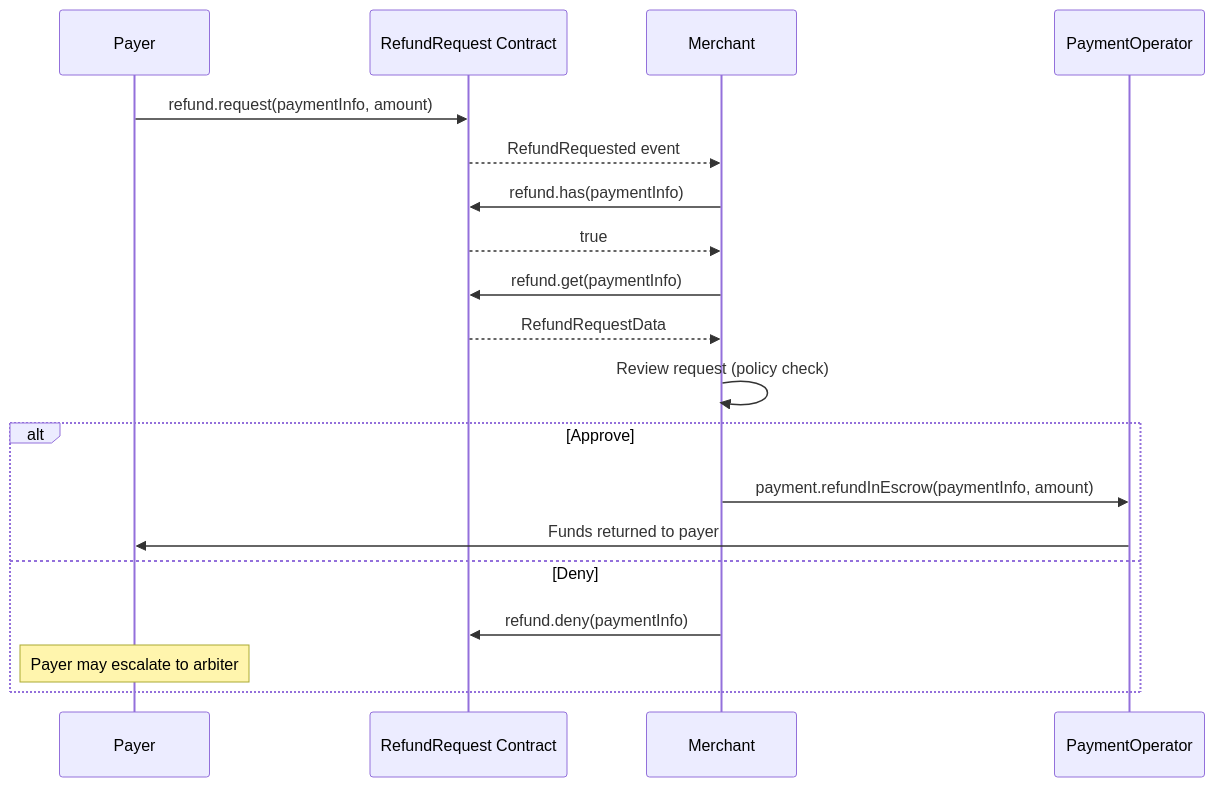
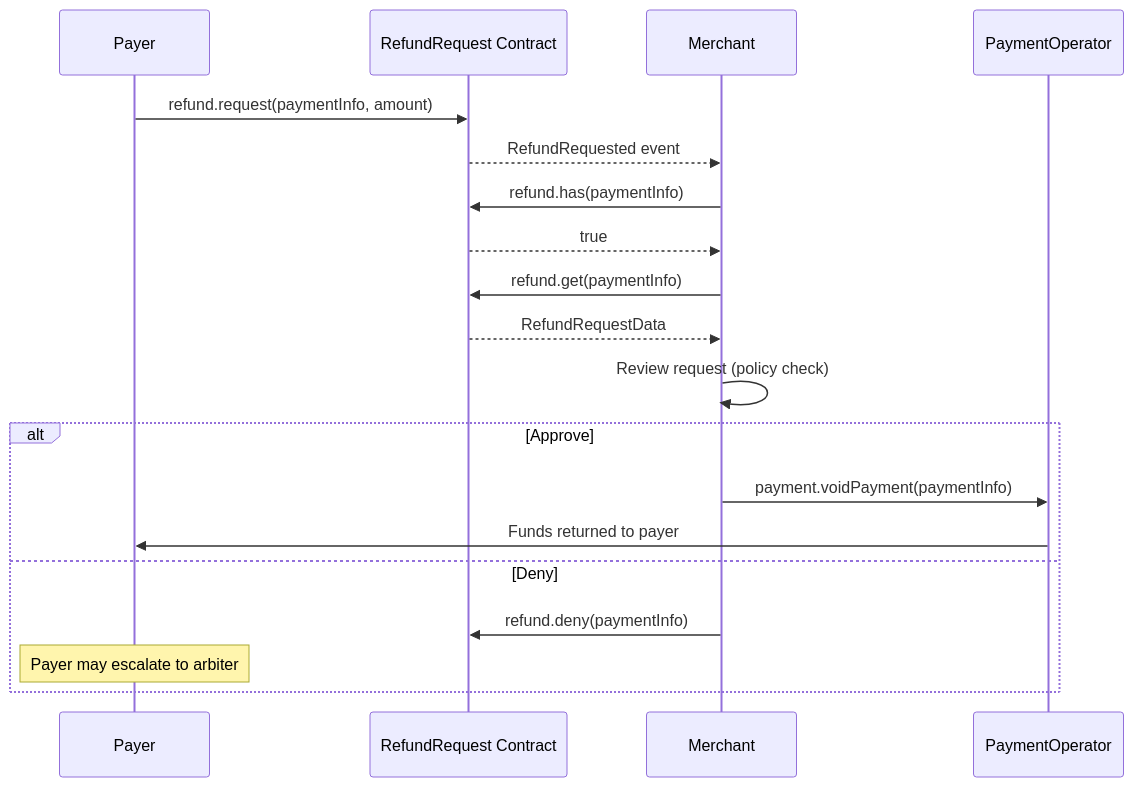
Before and after one commit to BackTrackCo/docs: the diagram in sdk/merchant/refund-handling.mdx, drawn with Mermaid. The commit also changed other lines of this file and 31 other files, not shown here.

````diff
--- a/sdk/merchant/refund-handling.mdx
+++ b/sdk/merchant/refund-handling.mdx
@@ -212,25 +212,25 @@
 ```mermaid
 sequenceDiagram
     participant P as Payer
     participant R as RefundRequest Contract
     participant M as Merchant
     participant O as PaymentOperator
 
     P->>R: refund.request(paymentInfo, amount)
     R-->>M: RefundRequested event
 
     M->>R: refund.has(paymentInfo)
     R-->>M: true
     M->>R: refund.get(paymentInfo)
     R-->>M: RefundRequestData
 
     M->>M: Review request (policy check)
 
     alt Approve
-        M->>O: payment.refundInEscrow(paymentInfo, amount)
+        M->>O: payment.voidPayment(paymentInfo)
         O->>P: Funds returned to payer
     else Deny
         M->>R: refund.deny(paymentInfo)
         Note over P: Payer may escalate to arbiter
     end
 ```
````
